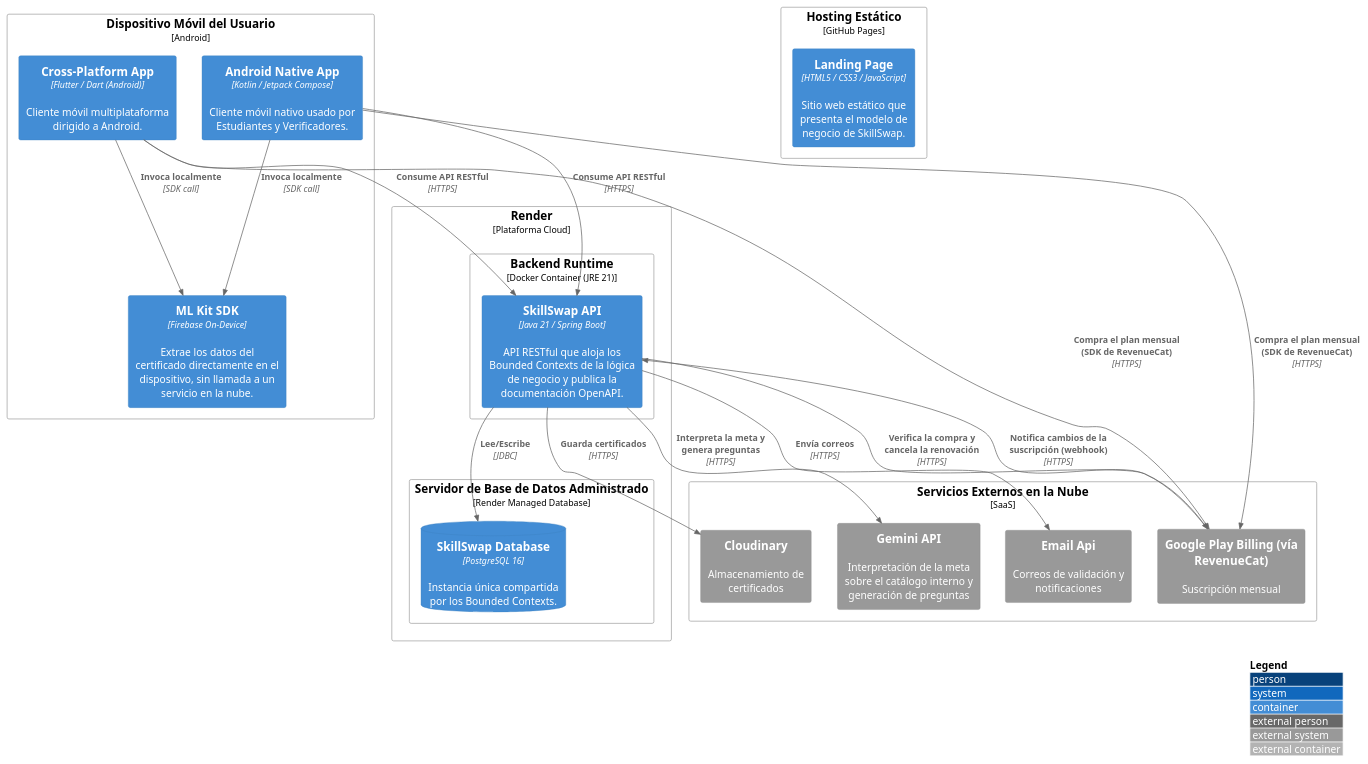
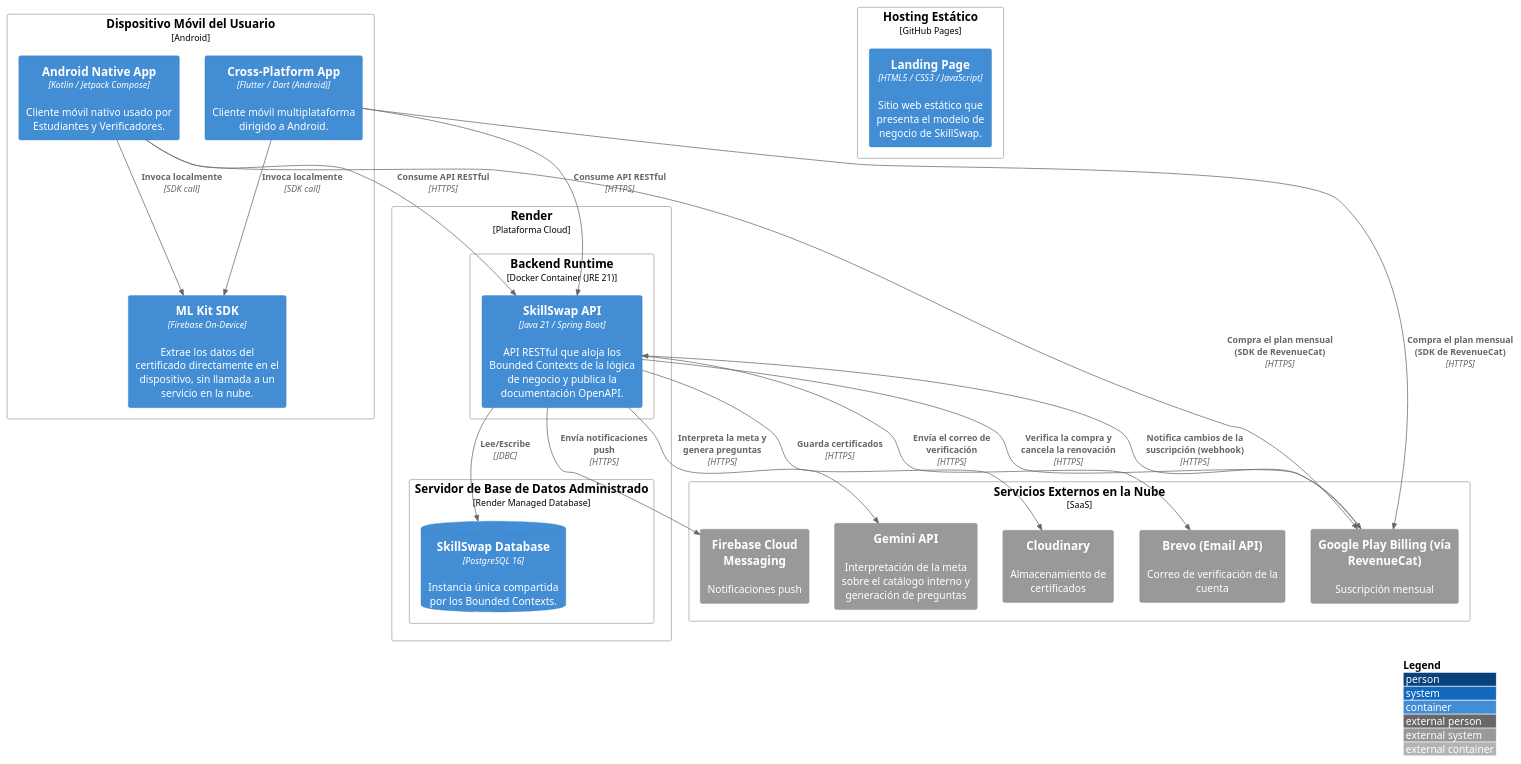
Before and after one commit to Aplicaciones-Dispositivos-Moviles/SkillSwap-ProjectReport: the diagram in DB&C4/Deployment Diagram.puml, drawn with PlantUML. The commit also changed 49 other files, not shown here.

```diff
--- a/DB&C4/Deployment Diagram.puml
+++ b/DB&C4/Deployment Diagram.puml
@@ -1,48 +1,50 @@
 @startuml SkillSwapDeployment
 !include https://raw.githubusercontent.com/plantuml-stdlib/C4-PlantUML/master/C4_Deployment.puml
 
 LAYOUT_WITH_LEGEND()
 
 Deployment_Node(userDevice, "Dispositivo Móvil del Usuario", "Android"){
     Container(androidApp, "Android Native App", "Kotlin / Jetpack Compose", "Cliente móvil nativo usado por Estudiantes y Verificadores.")
     Container(flutterApp, "Cross-Platform App", "Flutter / Dart (Android)", "Cliente móvil multiplataforma dirigido a Android.")
     Container(mlKitSdk, "ML Kit SDK", "Firebase On-Device", "Extrae los datos del certificado directamente en el dispositivo, sin llamada a un servicio en la nube.")
 }
 
 Deployment_Node(staticHosting, "Hosting Estático", "GitHub Pages"){
     Container(landingPage, "Landing Page", "HTML5 / CSS3 / JavaScript", "Sitio web estático que presenta el modelo de negocio de SkillSwap.")
 }
 
 Deployment_Node(cloudPlatform, "Render", "Plataforma Cloud"){
     Deployment_Node(backendRuntime, "Backend Runtime", "Docker Container (JRE 21)"){
         Container(api, "SkillSwap API", "Java 21 / Spring Boot", "API RESTful que aloja los Bounded Contexts de la lógica de negocio y publica la documentación OpenAPI.")
     }
     Deployment_Node(dbServer, "Servidor de Base de Datos Administrado", "Render Managed Database"){
         ContainerDb(mainDB, "SkillSwap Database", "PostgreSQL 16", "Instancia única compartida por los Bounded Contexts.")
     }
 }
 
 Deployment_Node(externalCloud, "Servicios Externos en la Nube", "SaaS"){
     System_Ext(cloudStorage, "Cloudinary", "Almacenamiento de certificados")
-    System_Ext(emailService, "Email Api", "Correos de validación y notificaciones")
+    System_Ext(emailService, "Brevo (Email API)", "Correo de verificación de la cuenta")
+    System_Ext(fcm, "Firebase Cloud Messaging", "Notificaciones push")
     System_Ext(geminiApi, "Gemini API", "Interpretación de la meta sobre el catálogo interno y generación de preguntas")
     System_Ext(playBilling, "Google Play Billing (vía RevenueCat)", "Suscripción mensual")
 }
 
 Rel(androidApp, mlKitSdk, "Invoca localmente", "SDK call")
 Rel(flutterApp, mlKitSdk, "Invoca localmente", "SDK call")
 
 Rel(androidApp, api, "Consume API RESTful", "HTTPS")
 Rel(flutterApp, api, "Consume API RESTful", "HTTPS")
 
 Rel(api, mainDB, "Lee/Escribe", "JDBC")
 
 Rel(api, cloudStorage, "Guarda certificados", "HTTPS")
-Rel(api, emailService, "Envía correos", "HTTPS")
+Rel(api, emailService, "Envía el correo de verificación", "HTTPS")
+Rel(api, fcm, "Envía notificaciones push", "HTTPS")
 Rel(api, geminiApi, "Interpreta la meta y genera preguntas", "HTTPS")
 Rel(api, playBilling, "Verifica la compra y cancela la renovación", "HTTPS")
 Rel(playBilling, api, "Notifica cambios de la suscripción (webhook)", "HTTPS")
 Rel(androidApp, playBilling, "Compra el plan mensual (SDK de RevenueCat)", "HTTPS")
 Rel(flutterApp, playBilling, "Compra el plan mensual (SDK de RevenueCat)", "HTTPS")
 
 @enduml
```
